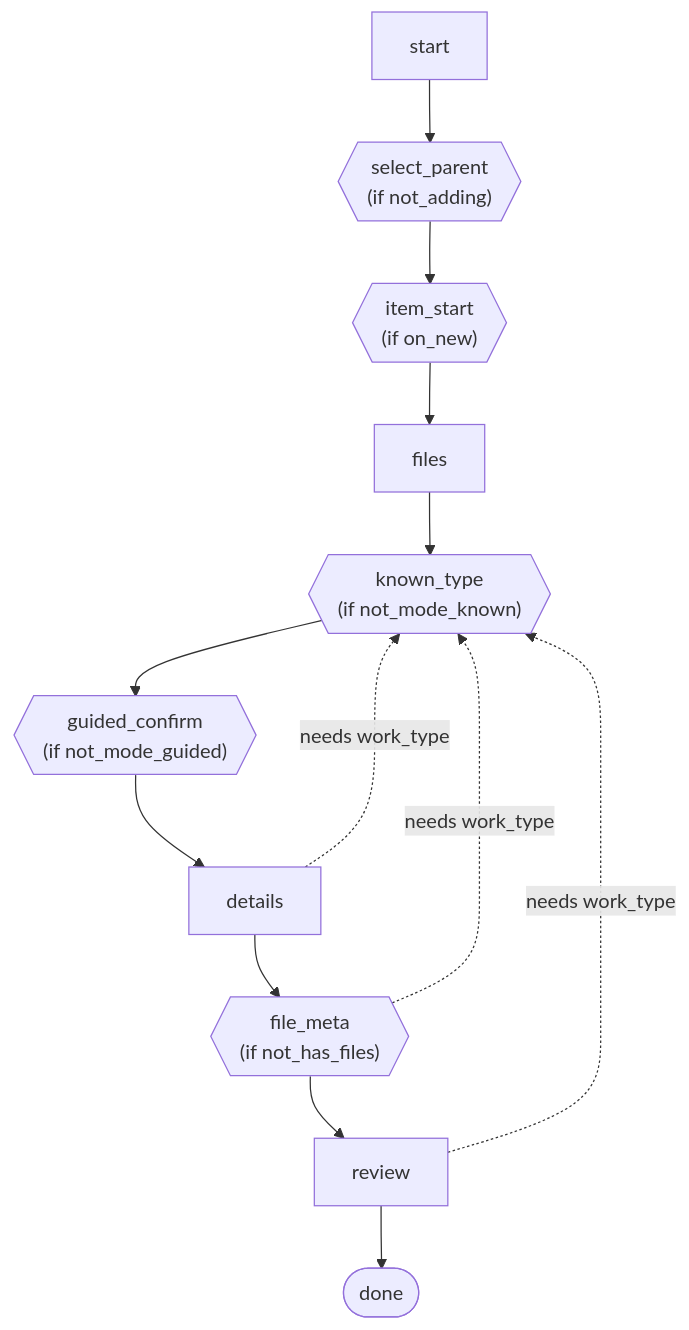
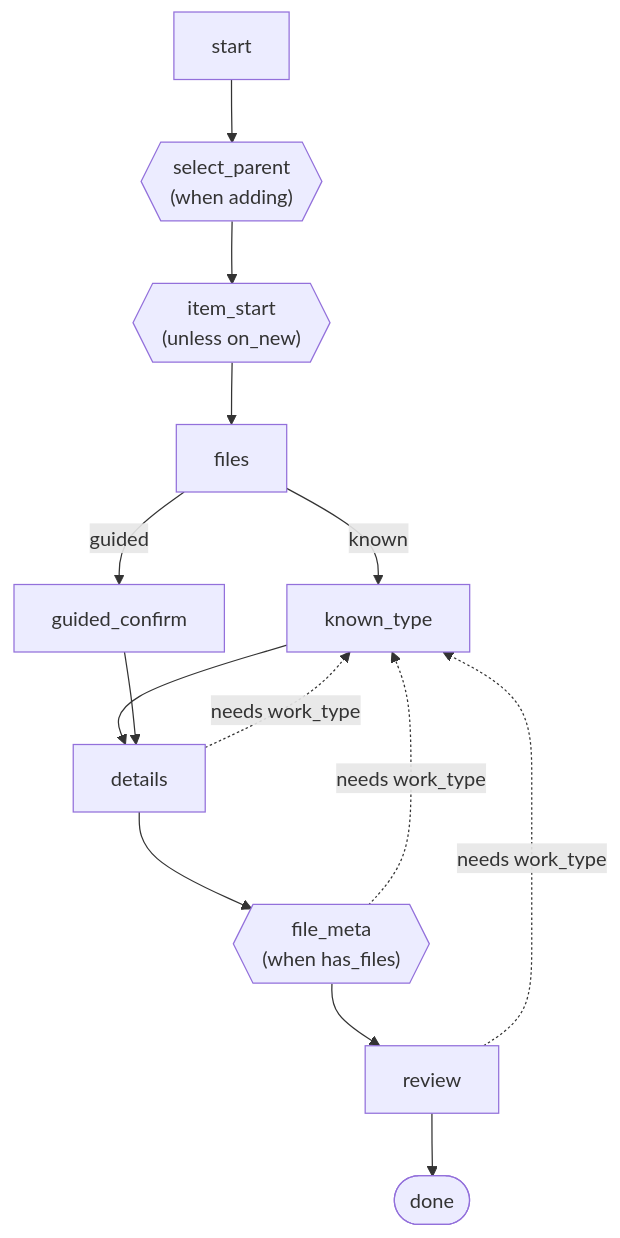
The third of 3 diagrams in README.md (laritakr/flow_wizard), drawn with Mermaid before and after one commit. The commit also changed other lines of this file and 6 other files, not shown here.

First line of the commit message:
Show flows as real paths in the diagram

````diff
--- a/README.md
+++ b/README.md
@@ -136,25 +158,26 @@
 ```mermaid
 flowchart TD
   start["start"]
-  select_parent{{"select_parent<br/>(if not_adding)"}}
-  item_start{{"item_start<br/>(if on_new)"}}
+  select_parent{{"select_parent<br/>(when adding)"}}
+  item_start{{"item_start<br/>(unless on_new)"}}
   files["files"]
-  known_type{{"known_type<br/>(if not_mode_known)"}}
-  guided_confirm{{"guided_confirm<br/>(if not_mode_guided)"}}
+  known_type["known_type"]
+  guided_confirm["guided_confirm"]
   details["details"]
-  file_meta{{"file_meta<br/>(if not_has_files)"}}
+  file_meta{{"file_meta<br/>(when has_files)"}}
   review["review"]
   done(["done"])
   start --> select_parent
   select_parent --> item_start
   item_start --> files
-  files --> known_type
-  known_type --> guided_confirm
+  files -->|known| known_type
+  known_type --> details
+  files -->|guided| guided_confirm
   guided_confirm --> details
   details --> file_meta
   file_meta --> review
   review --> done
   details -. needs work_type .-> known_type
   file_meta -. needs work_type .-> known_type
   review -. needs work_type .-> known_type
 ```
````
